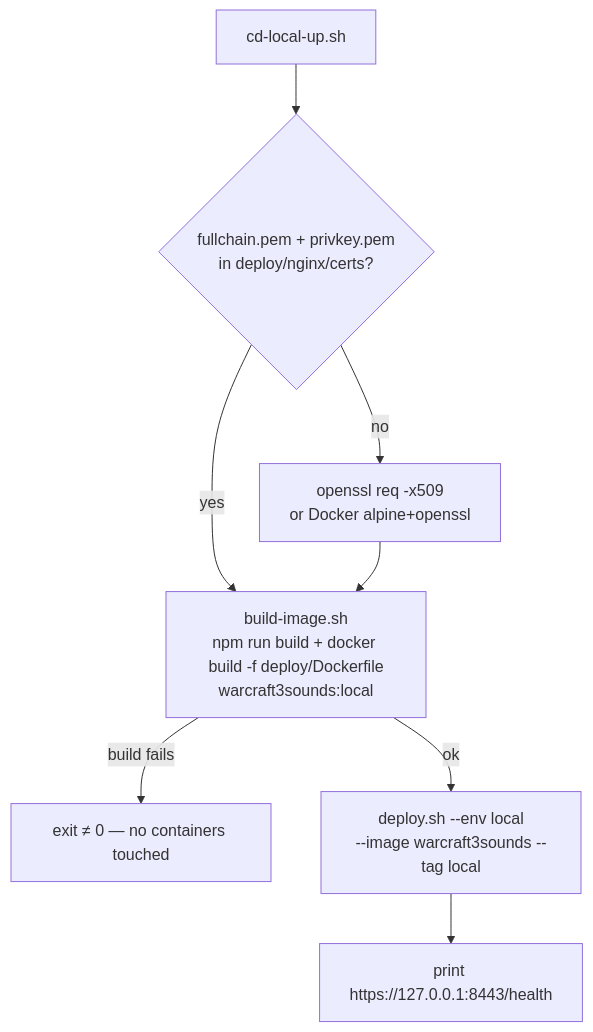
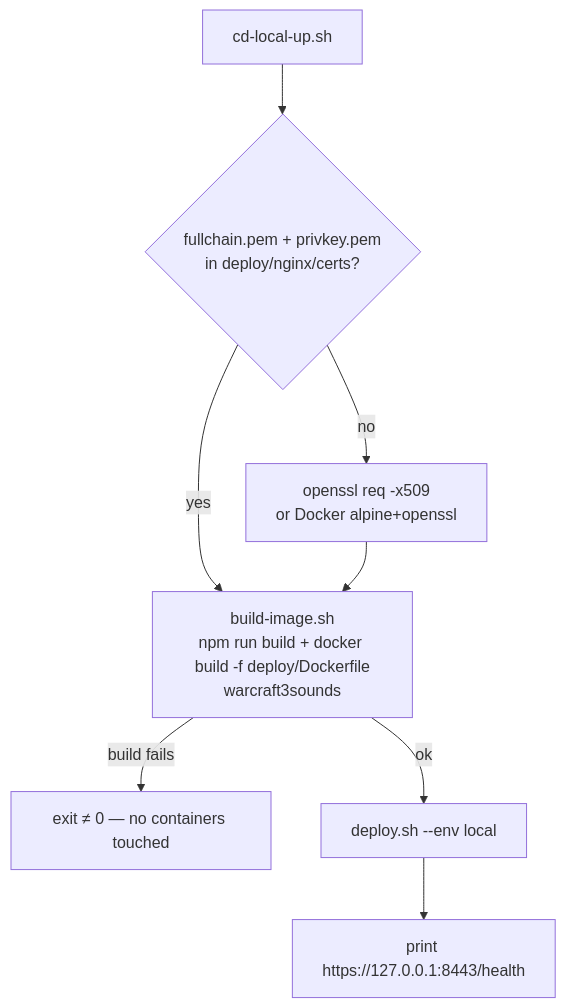
One commit to Psychopoulet/warcraft3sounds changed the fourth of 6 diagrams in DOC.md. Above: the diagram before and after it, drawn with Mermaid. The commit also changed other lines of this file and 7 other files, not shown here.

````diff
--- a/DOC.md
+++ b/DOC.md
@@ -169,10 +169,10 @@
 ```mermaid
 flowchart TD
     Start["cd-local-up.sh"] --> Cert{"fullchain.pem + privkey.pem<br/>in deploy/nginx/certs?"}
     Cert -->|no| OpenSSL["openssl req -x509<br/>or Docker alpine+openssl"]
     Cert -->|yes| Build
-    OpenSSL --> Build["build-image.sh<br/>npm run build + docker build -f deploy/Dockerfile<br/>warcraft3sounds:local"]
+    OpenSSL --> Build["build-image.sh<br/>npm run build + docker build -f deploy/Dockerfile<br/>warcraft3sounds"]
     Build -->|build fails| FailBuild["exit ≠ 0 — no containers touched"]
-    Build -->|ok| Deploy["deploy.sh --env local<br/>--image warcraft3sounds --tag local"]
+    Build -->|ok| Deploy["deploy.sh --env local"]
     Deploy --> End["print https://127.0.0.1:8443/health"]
 ```
````
